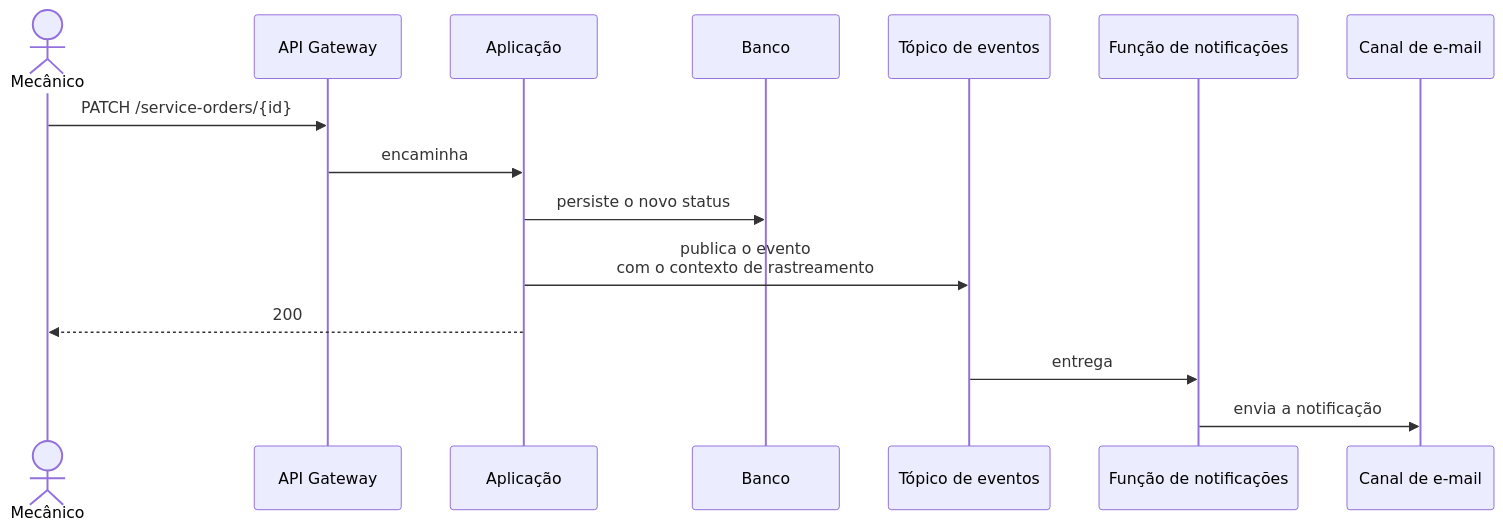
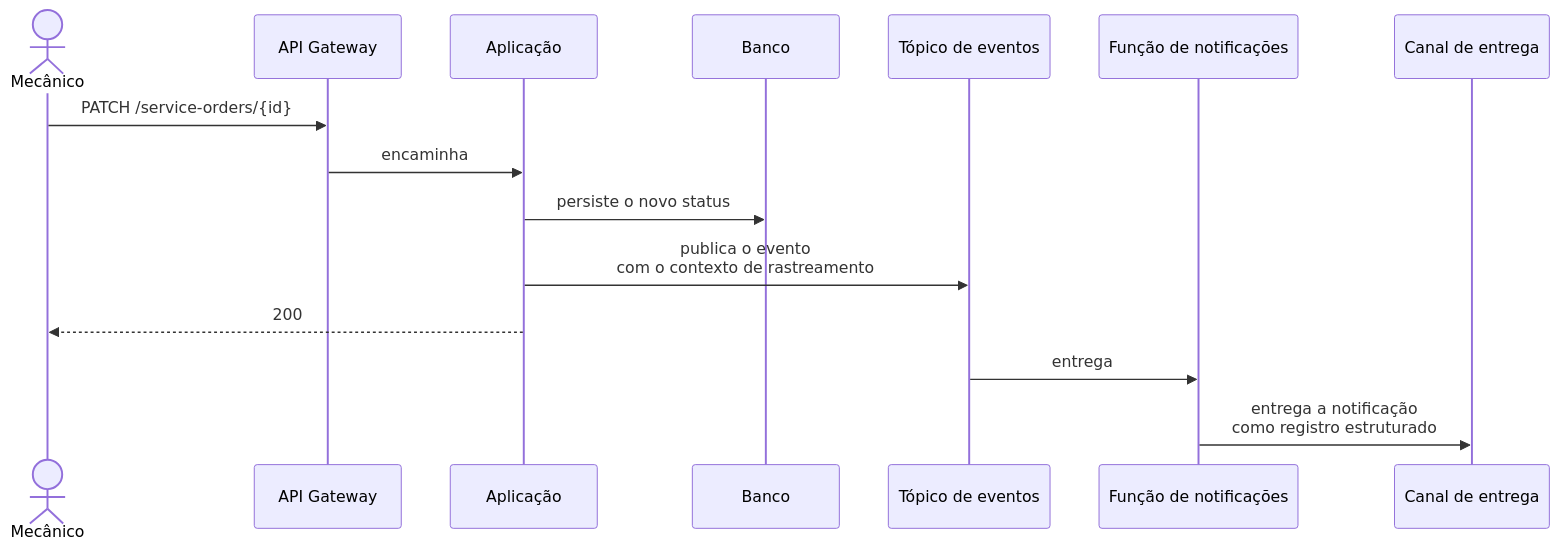
Before and after one commit to diandria/fiap-tech-challenge: the second of 2 diagrams in docs/architecture/sequence-service-order.md, drawn with Mermaid. The commit also changed 3 other files, not shown here.

Commit message:
docs: reconcile architecture docs with implementation

````diff
--- a/docs/architecture/sequence-service-order.md
+++ b/docs/architecture/sequence-service-order.md
@@ -32,18 +32,18 @@
 ```mermaid
 sequenceDiagram
     actor M as Mecânico
     participant G as API Gateway
     participant A as Aplicação
     participant D as Banco
     participant T as Tópico de eventos
     participant N as Função de notificações
-    participant E as Canal de e-mail
+    participant E as Canal de entrega
 
     M->>G: PATCH /service-orders/{id}
     G->>A: encaminha
     A->>D: persiste o novo status
     A->>T: publica o evento<br/>com o contexto de rastreamento
     A-->>M: 200
     T->>N: entrega
-    N->>E: envia a notificação
+    N->>E: entrega a notificação<br/>como registro estruturado
 ```
````
